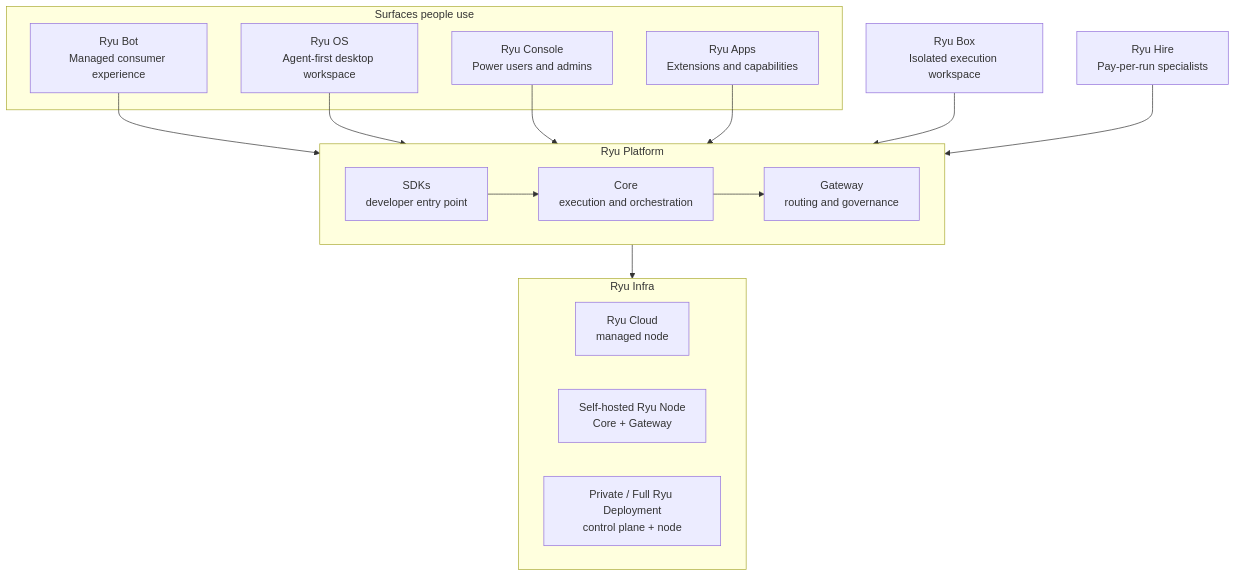
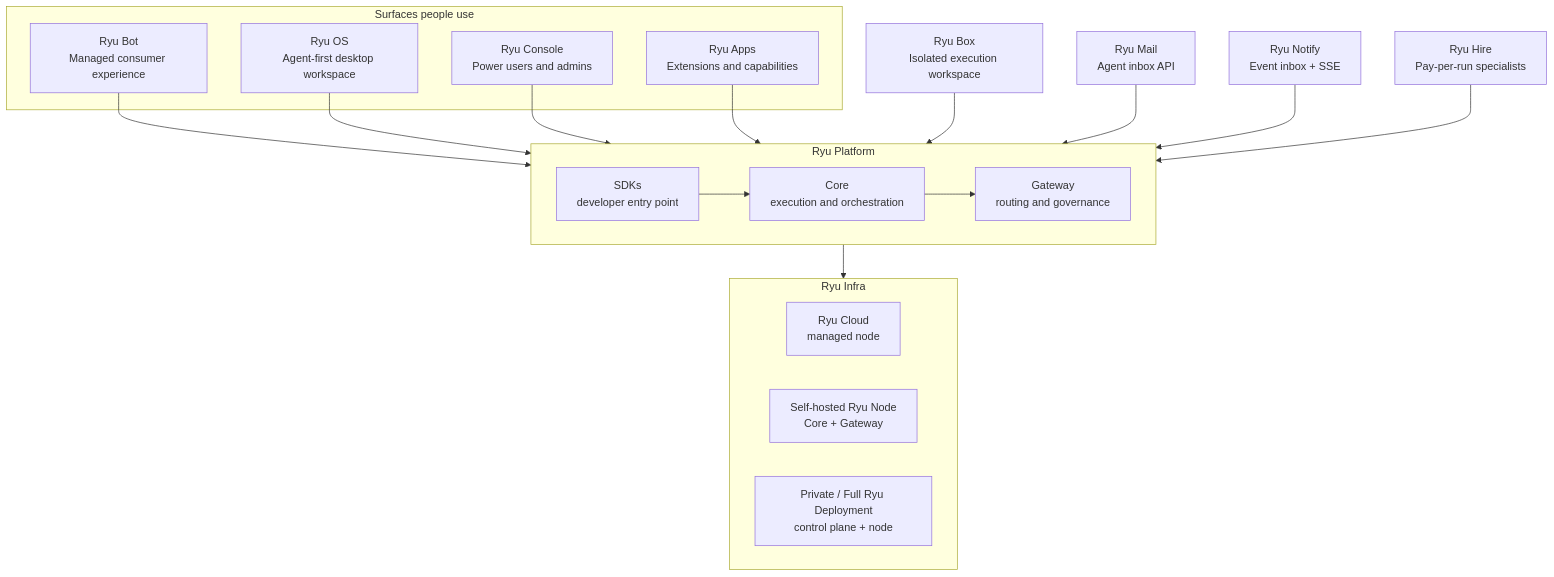
The diagram in content/docs/start-here/architecture/three-products.mdx (amajorai/ryu-docs), drawn with Mermaid before and after one commit. The commit also changed other lines of this file and 305 other files, not shown here.

````diff
--- a/content/docs/start-here/architecture/three-products.mdx
+++ b/content/docs/start-here/architecture/three-products.mdx
@@ -18,31 +18,33 @@
 ```mermaid
 flowchart TB
   subgraph Surfaces["Surfaces people use"]
     BOT["Ryu Bot\nManaged consumer experience"]
     OS["Ryu OS\nAgent-first desktop workspace"]
     CONSOLE["Ryu Console\nPower users and admins"]
     APPS["Ryu Apps\nExtensions and capabilities"]
   end
 
   subgraph Platform["Ryu Platform"]
     SDK["SDKs\ndeveloper entry point"]
     CORE["Core\nexecution and orchestration"]
     GATEWAY["Gateway\nrouting and governance"]
     SDK --> CORE
     CORE --> GATEWAY
   end
 
   subgraph Infra["Ryu Infra"]
     CLOUD["Ryu Cloud\nmanaged node"]
     SELF["Self-hosted Ryu Node\nCore + Gateway"]
     PRIVATE["Private / Full Ryu Deployment\ncontrol plane + node"]
   end
 
   BOT --> Platform
   OS --> Platform
   CONSOLE --> Platform
   APPS --> Platform
   BOX["Ryu Box\nIsolated execution workspace"] --> Platform
+  MAIL["Ryu Mail\nAgent inbox API"] --> Platform
+  NOTIFY["Ryu Notify\nEvent inbox + SSE"] --> Platform
   HIRE["Ryu Hire\nPay-per-run specialists"] --> Platform
   Platform --> Infra
 ```
````
